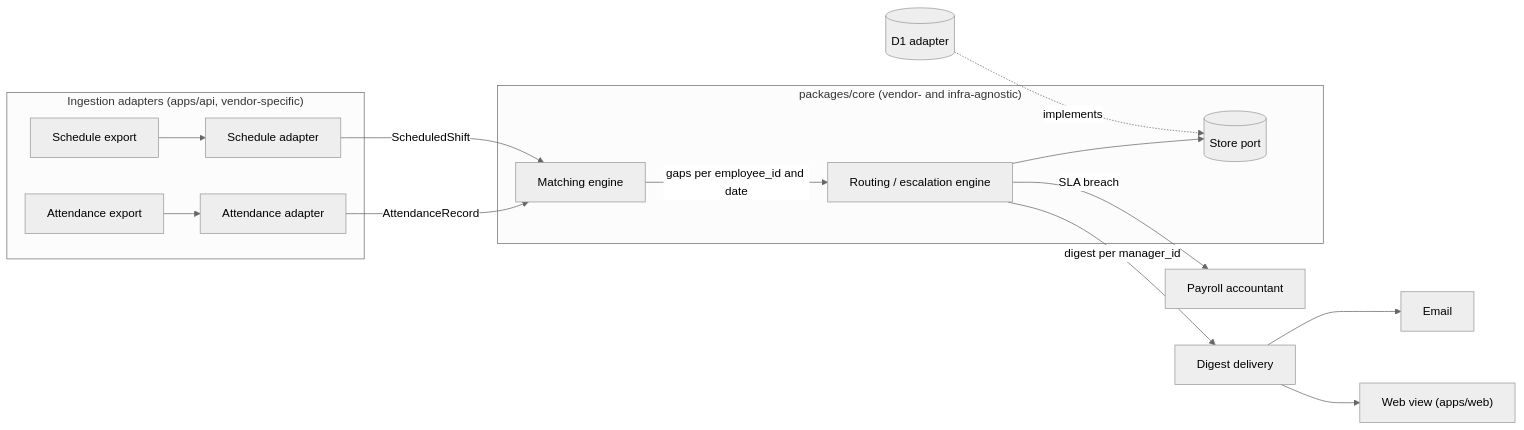
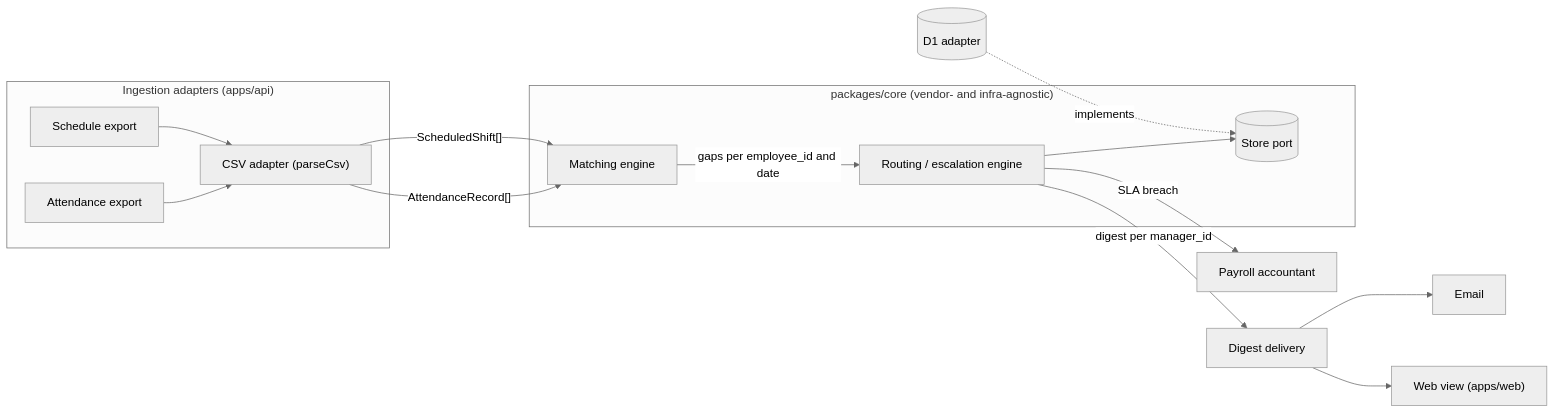
Before and after one commit to clockcover/clockcover: the diagram in docs/architecture.md, drawn with Mermaid (neutral theme). The commit also changed other lines of this file and 9 other files, not shown here.

First line of the commit message:
docs: resolve audit findings across core-design, architecture and ADRs

````diff
--- a/docs/architecture.md
+++ b/docs/architecture.md
@@ -16,27 +16,26 @@
 ```mermaid
 flowchart LR
-    subgraph adapters["Ingestion adapters (apps/api, vendor-specific)"]
+    subgraph adapters["Ingestion adapters (apps/api)"]
         att["Attendance export"]
         sch["Schedule export"]
-        attAd["Attendance adapter"]
-        schAd["Schedule adapter"]
+        csv["CSV adapter (parseCsv)"]
     end
 
     subgraph core["packages/core (vendor- and infra-agnostic)"]
         match["Matching engine"]
         route["Routing / escalation engine"]
         store[("Store port")]
     end
 
-    att --> attAd
-    sch --> schAd
-    attAd -- "AttendanceRecord" --> match
-    schAd -- "ScheduledShift" --> match
+    att --> csv
+    sch --> csv
+    csv -- "AttendanceRecord[]" --> match
+    csv -- "ScheduledShift[]" --> match
     match -- "gaps per employee_id and date" --> route
     route --> store
     d1[("D1 adapter")] -. "implements" .-> store
     route -- "digest per manager_id" --> digest["Digest delivery"]
     route -- "SLA breach" --> payroll["Payroll accountant"]
     digest --> email["Email"]
     digest --> web["Web view (apps/web)"]
 ```
````
